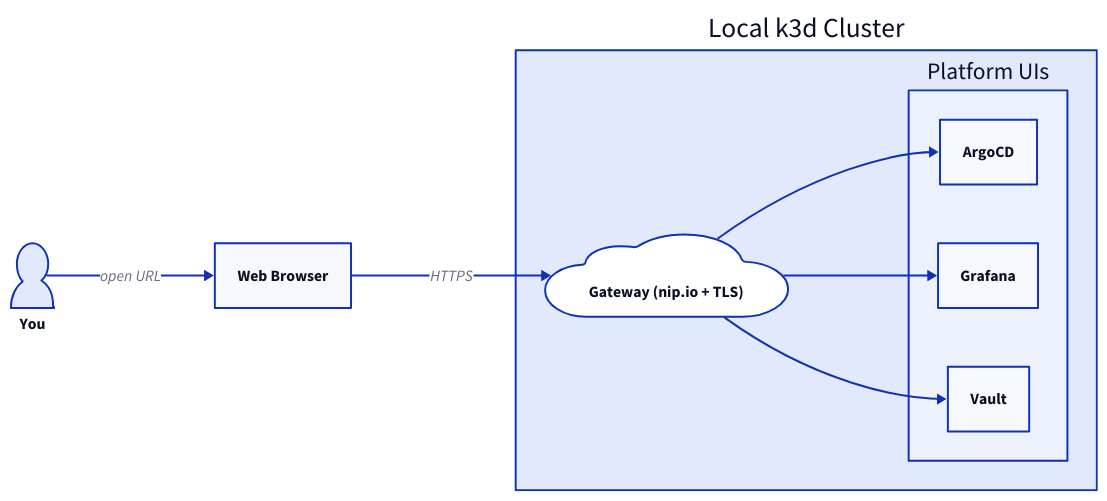
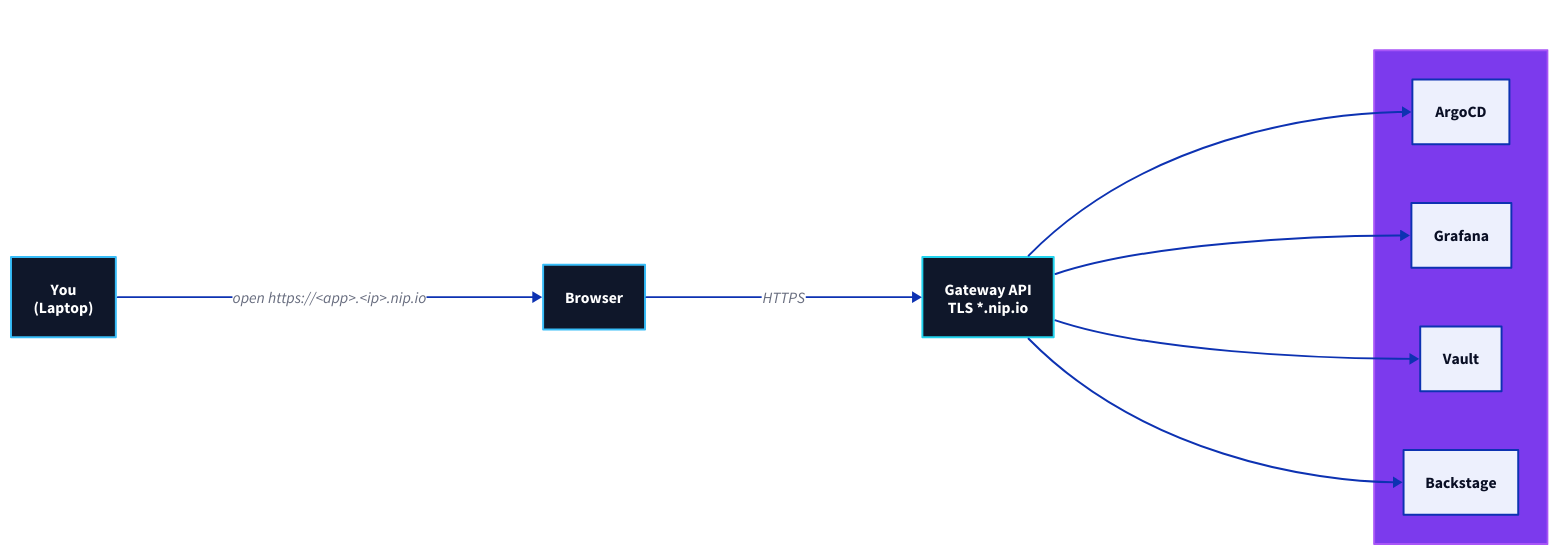
Before and after one commit to rou-cru/idp-blueprint: the diagram in Docs/getting-started/verify.md, drawn with D2. The commit also changed 22 other files, not shown here.

````diff
--- a/Docs/getting-started/verify.md
+++ b/Docs/getting-started/verify.md
@@ -33,30 +33,27 @@
 ```d2
 direction: right
 
-You: {
-  label: "You"
-  shape: person
+classes: { actor: { style.fill: "#0f172a"; style.font-color: white; style.stroke: "#38bdf8" }
+           gateway: { style.fill: "#0f172a"; style.stroke: "#22d3ee"; style.font-color: white }
+           ui: { style.fill: "#7c3aed"; style.stroke: "#a855f7"; style.font-color: white } }
+
+User: { class: actor; label: "You\n(Laptop)" }
+Browser: { class: actor; label: "Browser" }
+
+Gateway: { class: gateway; label: "Gateway API\nTLS *.nip.io" }
+
+UIs: {
+  class: ui
+  Argo: "ArgoCD"
+  Grafana
+  Vault
+  Backstage
 }
 
-Browser: "Web Browser"
-
-Cluster: {
-  label: "Local k3d Cluster"
-  Gateway: {
-    label: "Gateway (nip.io + TLS)"
-    shape: cloud
-  }
-  UIs: {
-    label: "Platform UIs"
-    ArgoCD
-    Grafana
-    Vault
-  }
-}
-
-You -> Browser: open URL
-Browser -> Cluster.Gateway: HTTPS
-Cluster.Gateway -> Cluster.UIs.ArgoCD
-Cluster.Gateway -> Cluster.UIs.Grafana
-Cluster.Gateway -> Cluster.UIs.Vault
+User -> Browser: "open https://<app>.<ip>.nip.io"
+Browser -> Gateway: HTTPS
+Gateway -> UIs.Argo
+Gateway -> UIs.Grafana
+Gateway -> UIs.Vault
+Gateway -> UIs.Backstage
 ```
````
